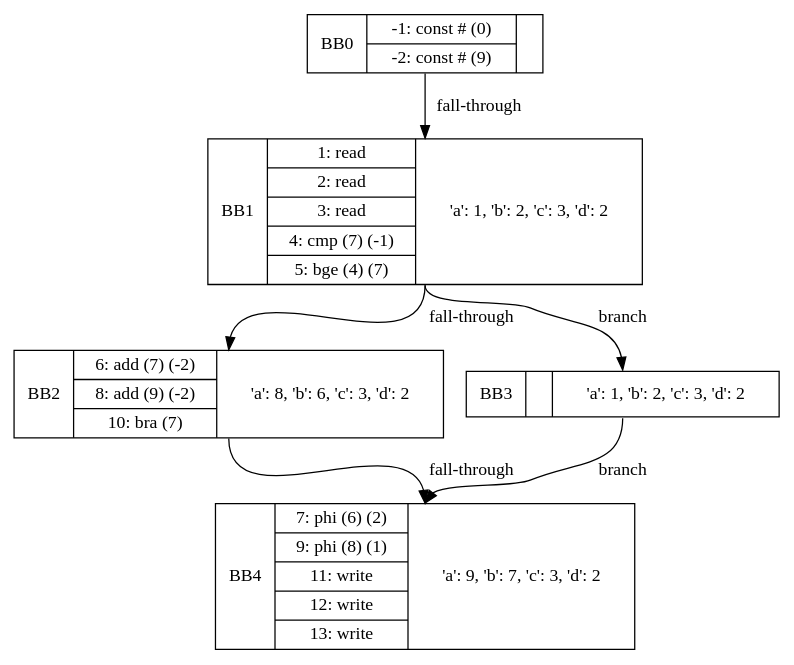
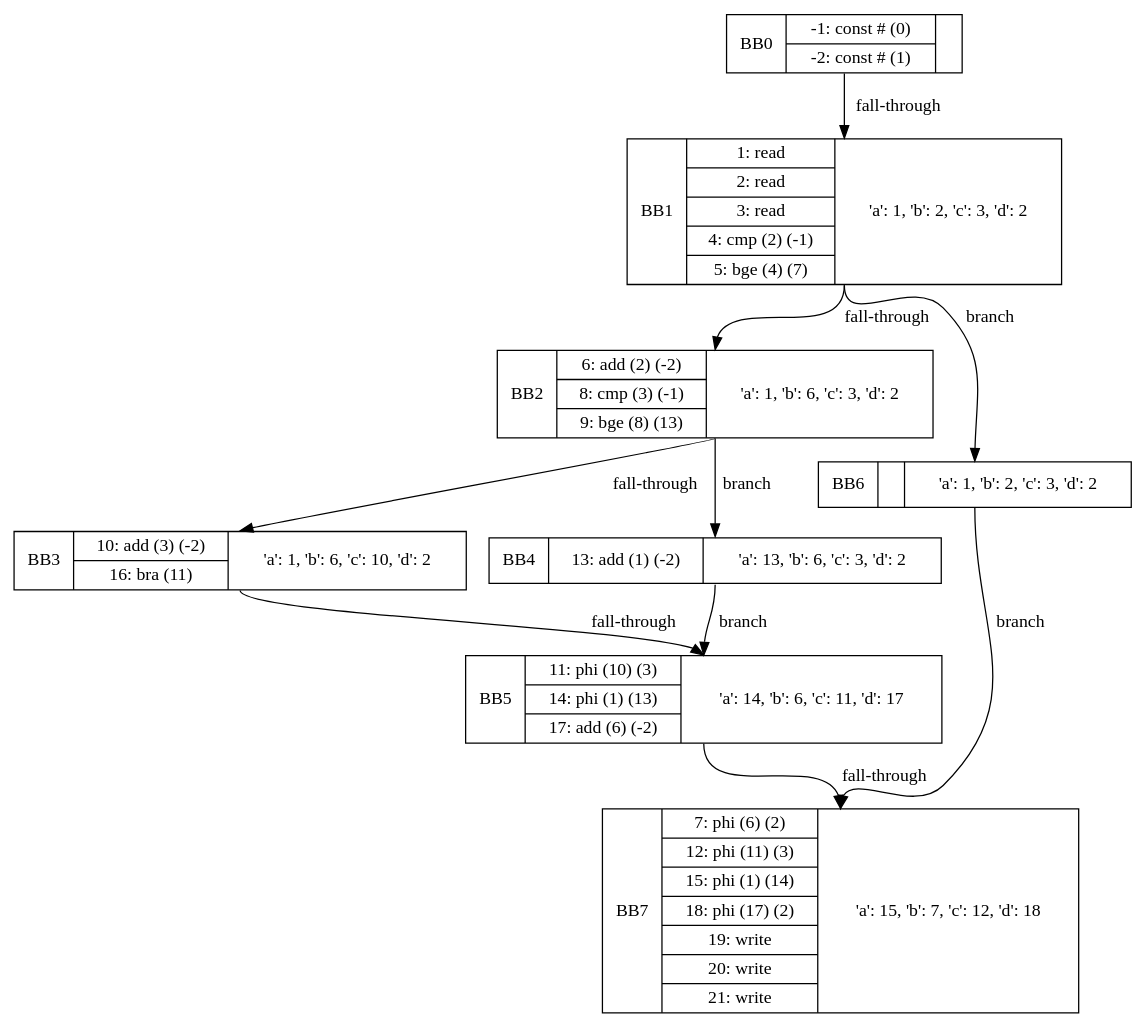
The diagram in Project3/src/main/graph.dot (mahbub-hr/compiler_cs241), drawn with Graphviz before and after one commit. The commit also changed 4 other files, not shown here.

```diff
--- a/Project3/src/main/graph.dot
+++ b/Project3/src/main/graph.dot
@@ -1,12 +1,19 @@
 digraph G{
-bb0[shape=record, label="<b>BB0|{-1: const # (0) |-2: const # (9) }|{}"];
-bb1[shape=record, label="<b>BB1|{1: read  |2: read  |3: read  |4: cmp (7) (-1)|5: bge (4) (7)}|{'a': 1, 'b': 2, 'c': 3, 'd': 2}"];
-bb2[shape=record, label="<b>BB2|{6: add (7) (-2)|8: add (9) (-2)|10: bra (7) }|{'a': 8, 'b': 6, 'c': 3, 'd': 2}"];
-bb3[shape=record, label="<b>BB3|{}|{'a': 1, 'b': 2, 'c': 3, 'd': 2}"];
-bb4[shape=record, label="<b>BB4|{7: phi (6) (2)|9: phi (8) (1)|11: write  |12: write  |13: write  }|{'a': 9, 'b': 7, 'c': 3, 'd': 2}"];
+bb0[shape=record, label="<b>BB0|{-1: const # (0) |-2: const # (1) }|{}"];
+bb1[shape=record, label="<b>BB1|{1: read  |2: read  |3: read  |4: cmp (2) (-1)|5: bge (4) (7)}|{'a': 1, 'b': 2, 'c': 3, 'd': 2}"];
+bb2[shape=record, label="<b>BB2|{6: add (2) (-2)|8: cmp (3) (-1)|9: bge (8) (13)}|{'a': 1, 'b': 6, 'c': 3, 'd': 2}"];
+bb3[shape=record, label="<b>BB3|{10: add (3) (-2)|16: bra (11) }|{'a': 1, 'b': 6, 'c': 10, 'd': 2}"];
+bb4[shape=record, label="<b>BB4|{13: add (1) (-2)}|{'a': 13, 'b': 6, 'c': 3, 'd': 2}"];
+bb5[shape=record, label="<b>BB5|{11: phi (10) (3)|14: phi (1) (13)|17: add (6) (-2)}|{'a': 14, 'b': 6, 'c': 11, 'd': 17}"];
+bb6[shape=record, label="<b>BB6|{}|{'a': 1, 'b': 2, 'c': 3, 'd': 2}"];
+bb7[shape=record, label="<b>BB7|{7: phi (6) (2)|12: phi (11) (3)|15: phi (1) (14)|18: phi (17) (2)|19: write  |20: write  |21: write  }|{'a': 15, 'b': 7, 'c': 12, 'd': 18}"];
 bb0:s->bb1:n[label="fall-through"];
 bb1:s->bb2:n[label="fall-through"];
-bb1:s->bb3:n[label="branch"];
-bb2:s->bb4:n[label="fall-through"];
-bb3:s->bb4:n[label="branch"];
+bb1:s->bb6:n[label="branch"];
+bb2:s->bb3:n[label="fall-through"];
+bb2:s->bb4:n[label="branch"];
+bb3:s->bb5:n[label="fall-through"];
+bb4:s->bb5:n[label="branch"];
+bb5:s->bb7:n[label="fall-through"];
+bb6:s->bb7:n[label="branch"];
 }
```
